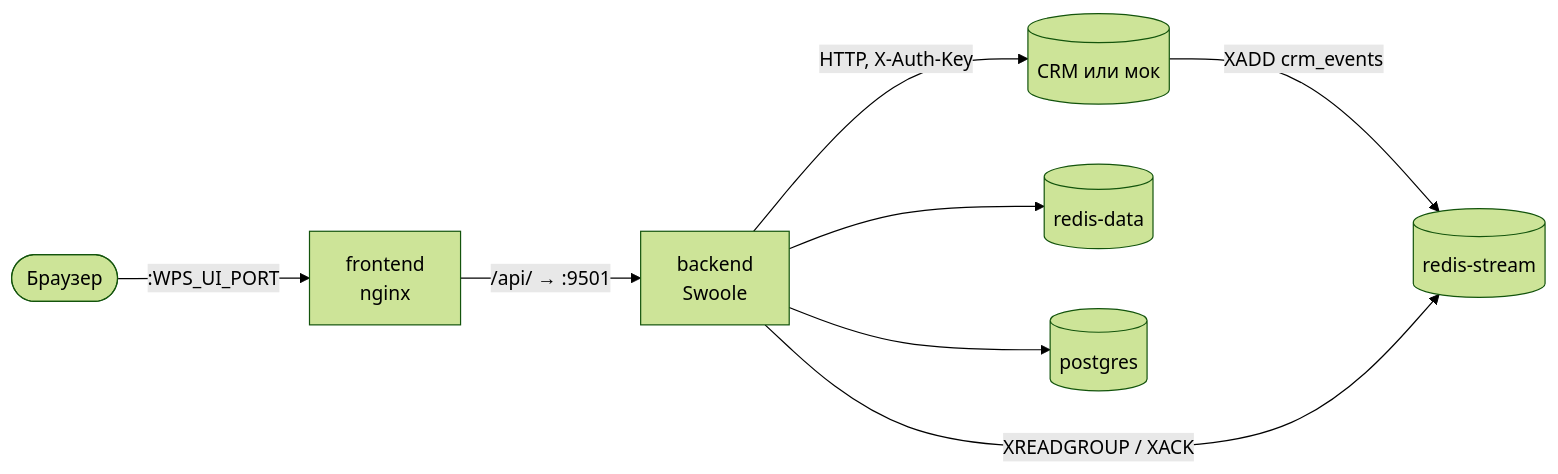
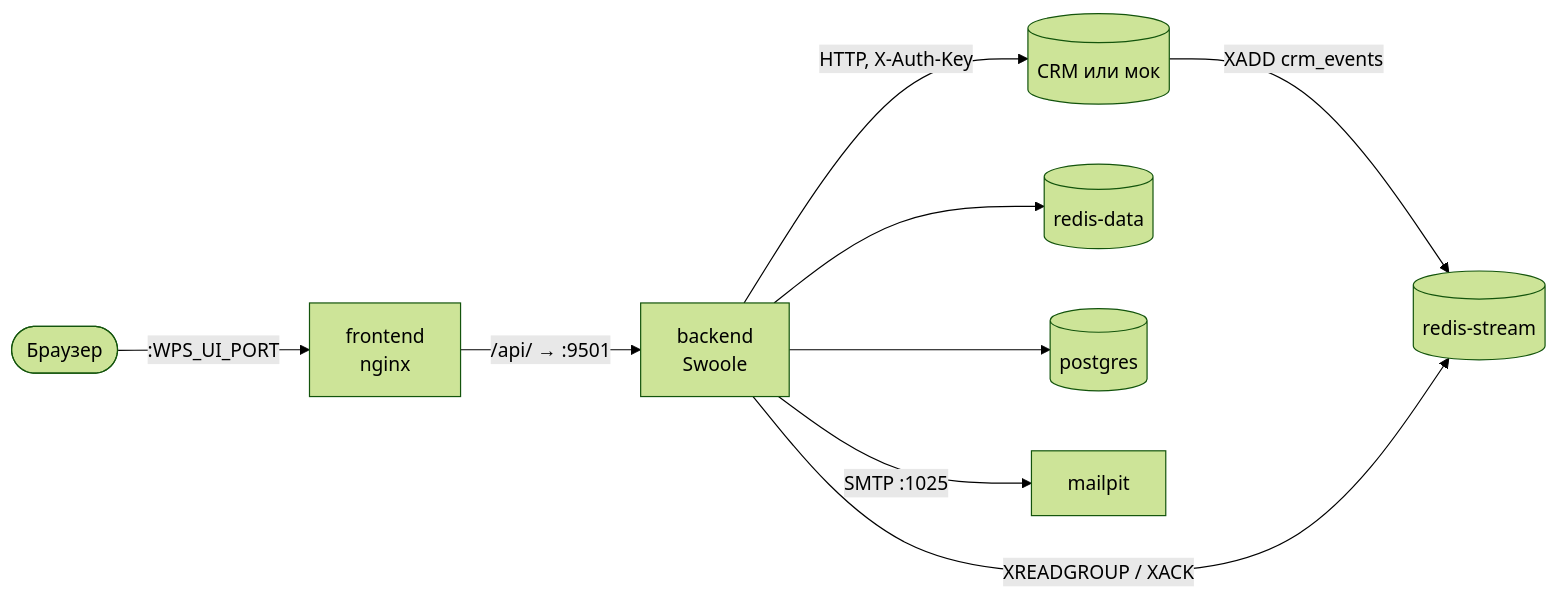
The diagram in doc/ru/04-operations/deployment.md (madarch-labs/Workflow-Processing-Service), drawn with Mermaid (forest theme) before and after one commit. The commit also changed other lines of this file and 470 other files, not shown here.

````diff
--- a/doc/ru/04-operations/deployment.md
+++ b/doc/ru/04-operations/deployment.md
@@ -23,10 +24,11 @@
 ```mermaid
 flowchart LR
     user([Браузер]) -->|":WPS_UI_PORT"| fe[frontend<br/>nginx]
     fe -->|"/api/ → :9501"| be[backend<br/>Swoole]
     crm[(CRM или мок)] -->|XADD crm_events| rs[(redis-stream)]
     be -->|XREADGROUP / XACK| rs
     be --> rd[(redis-data)]
     be --> pg[(postgres)]
     be -->|"HTTP, X-Auth-Key"| crm
+    be -->|"SMTP :1025"| mp[mailpit]
 ```
````
